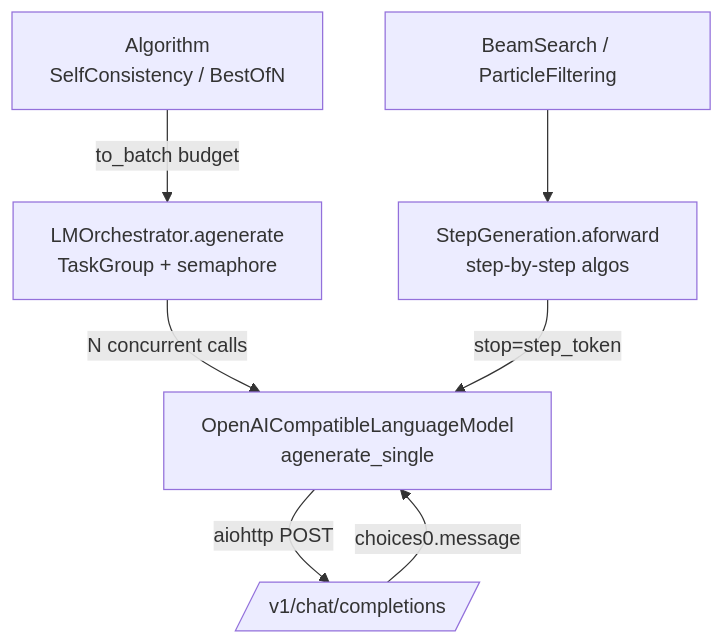
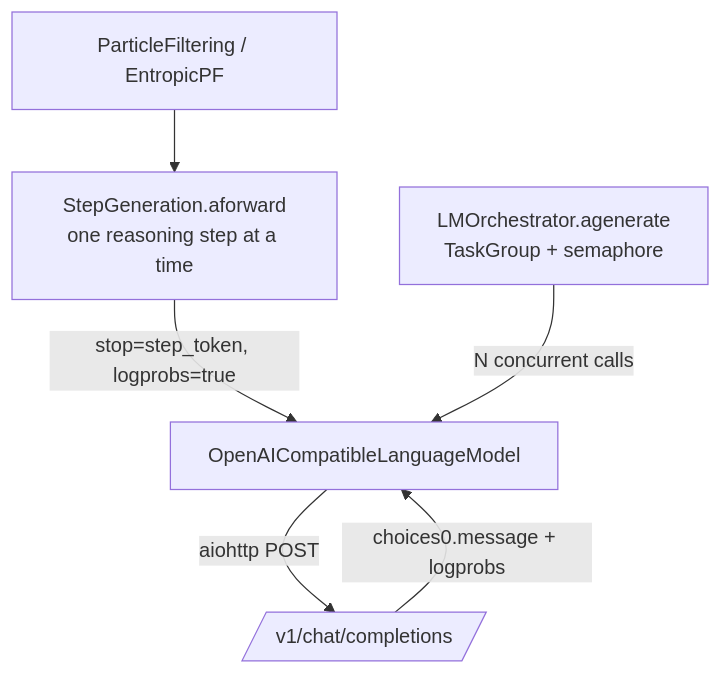
One commit to Red-Hat-AI-Innovation-Team/its_hub changed the diagram in documentation/03-generating-text.md. Above: the diagram before and after it, drawn with Mermaid. The commit also changed other lines of this file and 121 other files, not shown here.

````diff
--- a/documentation/03-generating-text.md
+++ b/documentation/03-generating-text.md
@@ -12,9 +13,8 @@
 ```mermaid
 flowchart TD
-    ALG[Algorithm<br/>SelfConsistency / BestOfN] -->|to_batch budget| ORC[LMOrchestrator.agenerate<br/>TaskGroup + semaphore]
-    ORC -->|N concurrent calls| LM[OpenAICompatibleLanguageModel<br/>agenerate_single]
+    ALG[ParticleFiltering / EntropicPF] --> SGEN[StepGeneration.aforward<br/>one reasoning step at a time]
+    SGEN -->|stop=step_token, logprobs=true| LM[OpenAICompatibleLanguageModel]
     LM -->|aiohttp POST| API[/v1/chat/completions/]
-    API -->|choices0.message| LM
-    SGEN[StepGeneration.aforward<br/>step-by-step algos] -->|stop=step_token| LM
-    BEAM[BeamSearch / ParticleFiltering] --> SGEN
+    API -->|choices0.message + logprobs| LM
+    ORC[LMOrchestrator.agenerate<br/>TaskGroup + semaphore] -->|N concurrent calls| LM
 ```
````
